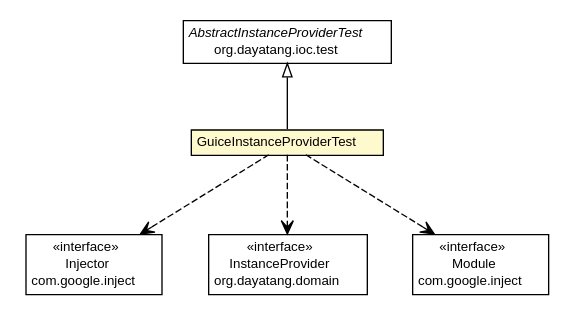
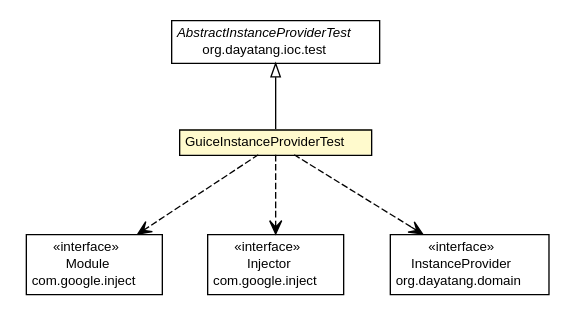
The diagram in testapidocs/org/dayatang/ioc/guice/GuiceInstanceProviderTest.dot (dayatang/dddlib), drawn with Graphviz before and after one commit. The commit also changed 1517 other files, not shown here.

```diff
--- a/testapidocs/org/dayatang/ioc/guice/GuiceInstanceProviderTest.dot
+++ b/testapidocs/org/dayatang/ioc/guice/GuiceInstanceProviderTest.dot
@@ -1,57 +1,57 @@
 #!/usr/local/bin/dot
 #
 # Class diagram 
 # Generated by UMLGraph version R5_6_6-8-g8d7759 (http://www.umlgraph.org/)
 #
 
 digraph G {
 	edge [fontname="Helvetica",fontsize=10,labelfontname="Helvetica",labelfontsize=10];
 	node [fontname="Helvetica",fontsize=10,shape=plaintext];
 	nodesep=0.25;
 	ranksep=0.5;
 	// org.dayatang.ioc.guice.GuiceInstanceProviderTest
 	c27023 [label=<<table title="org.dayatang.ioc.guice.GuiceInstanceProviderTest" border="0" cellborder="1" cellspacing="0" cellpadding="2" port="p" bgcolor="lemonChiffon" href="./GuiceInstanceProviderTest.html">
 		<tr><td><table border="0" cellspacing="0" cellpadding="1">
 <tr><td align="center" balign="center"> GuiceInstanceProviderTest </td></tr>
 		</table></td></tr>
 		</table>>, URL="./GuiceInstanceProviderTest.html", fontname="Helvetica", fontcolor="black", fontsize=10.0];
 	//org.dayatang.ioc.guice.GuiceInstanceProviderTest extends org.dayatang.ioc.test.AbstractInstanceProviderTest
 	c27125:p -> c27023:p [dir=back,arrowtail=empty];
+	// org.dayatang.ioc.guice.GuiceInstanceProviderTest DEPEND com.google.inject.Module
+	c27023:p -> c27126:p [taillabel="", label=" "headlabel="", fontname="Helvetica", fontcolor="black", fontsize=10.0, color="black", arrowhead=open, style=dashed];
 	// org.dayatang.ioc.guice.GuiceInstanceProviderTest DEPEND com.google.inject.Injector
-	c27023:p -> c27127:p [taillabel="", label=" "headlabel="", fontname="Helvetica", fontcolor="black", fontsize=10.0, color="black", arrowhead=open, style=dashed];
+	c27023:p -> c27128:p [taillabel="", label=" "headlabel="", fontname="Helvetica", fontcolor="black", fontsize=10.0, color="black", arrowhead=open, style=dashed];
 	// org.dayatang.ioc.guice.GuiceInstanceProviderTest DEPEND org.dayatang.domain.InstanceProvider
-	c27023:p -> c27128:p [taillabel="", label=" "headlabel="", fontname="Helvetica", fontcolor="black", fontsize=10.0, color="black", arrowhead=open, style=dashed];
-	// org.dayatang.ioc.guice.GuiceInstanceProviderTest DEPEND com.google.inject.Module
 	c27023:p -> c27129:p [taillabel="", label=" "headlabel="", fontname="Helvetica", fontcolor="black", fontsize=10.0, color="black", arrowhead=open, style=dashed];
 	// org.dayatang.ioc.test.AbstractInstanceProviderTest
 	c27125 [label=<<table title="org.dayatang.ioc.test.AbstractInstanceProviderTest" border="0" cellborder="1" cellspacing="0" cellpadding="2" port="p" href="http://java.sun.com/j2se/1.4.2/docs/api/org/dayatang/ioc/test/AbstractInstanceProviderTest.html">
 		<tr><td><table border="0" cellspacing="0" cellpadding="1">
 <tr><td align="center" balign="center"><font face="Helvetica-Oblique"> AbstractInstanceProviderTest </font></td></tr>
 <tr><td align="center" balign="center"> org.dayatang.ioc.test </td></tr>
 		</table></td></tr>
 		</table>>, URL="http://java.sun.com/j2se/1.4.2/docs/api/org/dayatang/ioc/test/AbstractInstanceProviderTest.html", fontname="Helvetica", fontcolor="black", fontsize=10.0];
 	// com.google.inject.Injector
-	c27127 [label=<<table title="com.google.inject.Injector" border="0" cellborder="1" cellspacing="0" cellpadding="2" port="p" href="http://java.sun.com/j2se/1.4.2/docs/api/com/google/inject/Injector.html">
+	c27128 [label=<<table title="com.google.inject.Injector" border="0" cellborder="1" cellspacing="0" cellpadding="2" port="p" href="http://java.sun.com/j2se/1.4.2/docs/api/com/google/inject/Injector.html">
 		<tr><td><table border="0" cellspacing="0" cellpadding="1">
 <tr><td align="center" balign="center"> &#171;interface&#187; </td></tr>
 <tr><td align="center" balign="center"> Injector </td></tr>
 <tr><td align="center" balign="center"> com.google.inject </td></tr>
 		</table></td></tr>
 		</table>>, URL="http://java.sun.com/j2se/1.4.2/docs/api/com/google/inject/Injector.html", fontname="Helvetica", fontcolor="black", fontsize=10.0];
 	// org.dayatang.domain.InstanceProvider
-	c27128 [label=<<table title="org.dayatang.domain.InstanceProvider" border="0" cellborder="1" cellspacing="0" cellpadding="2" port="p" href="http://java.sun.com/j2se/1.4.2/docs/api/org/dayatang/domain/InstanceProvider.html">
+	c27129 [label=<<table title="org.dayatang.domain.InstanceProvider" border="0" cellborder="1" cellspacing="0" cellpadding="2" port="p" href="http://java.sun.com/j2se/1.4.2/docs/api/org/dayatang/domain/InstanceProvider.html">
 		<tr><td><table border="0" cellspacing="0" cellpadding="1">
 <tr><td align="center" balign="center"> &#171;interface&#187; </td></tr>
 <tr><td align="center" balign="center"> InstanceProvider </td></tr>
 <tr><td align="center" balign="center"> org.dayatang.domain </td></tr>
 		</table></td></tr>
 		</table>>, URL="http://java.sun.com/j2se/1.4.2/docs/api/org/dayatang/domain/InstanceProvider.html", fontname="Helvetica", fontcolor="black", fontsize=10.0];
 	// com.google.inject.Module
-	c27129 [label=<<table title="com.google.inject.Module" border="0" cellborder="1" cellspacing="0" cellpadding="2" port="p" href="http://java.sun.com/j2se/1.4.2/docs/api/com/google/inject/Module.html">
+	c27126 [label=<<table title="com.google.inject.Module" border="0" cellborder="1" cellspacing="0" cellpadding="2" port="p" href="http://java.sun.com/j2se/1.4.2/docs/api/com/google/inject/Module.html">
 		<tr><td><table border="0" cellspacing="0" cellpadding="1">
 <tr><td align="center" balign="center"> &#171;interface&#187; </td></tr>
 <tr><td align="center" balign="center"> Module </td></tr>
 <tr><td align="center" balign="center"> com.google.inject </td></tr>
 		</table></td></tr>
 		</table>>, URL="http://java.sun.com/j2se/1.4.2/docs/api/com/google/inject/Module.html", fontname="Helvetica", fontcolor="black", fontsize=10.0];
 }
```
